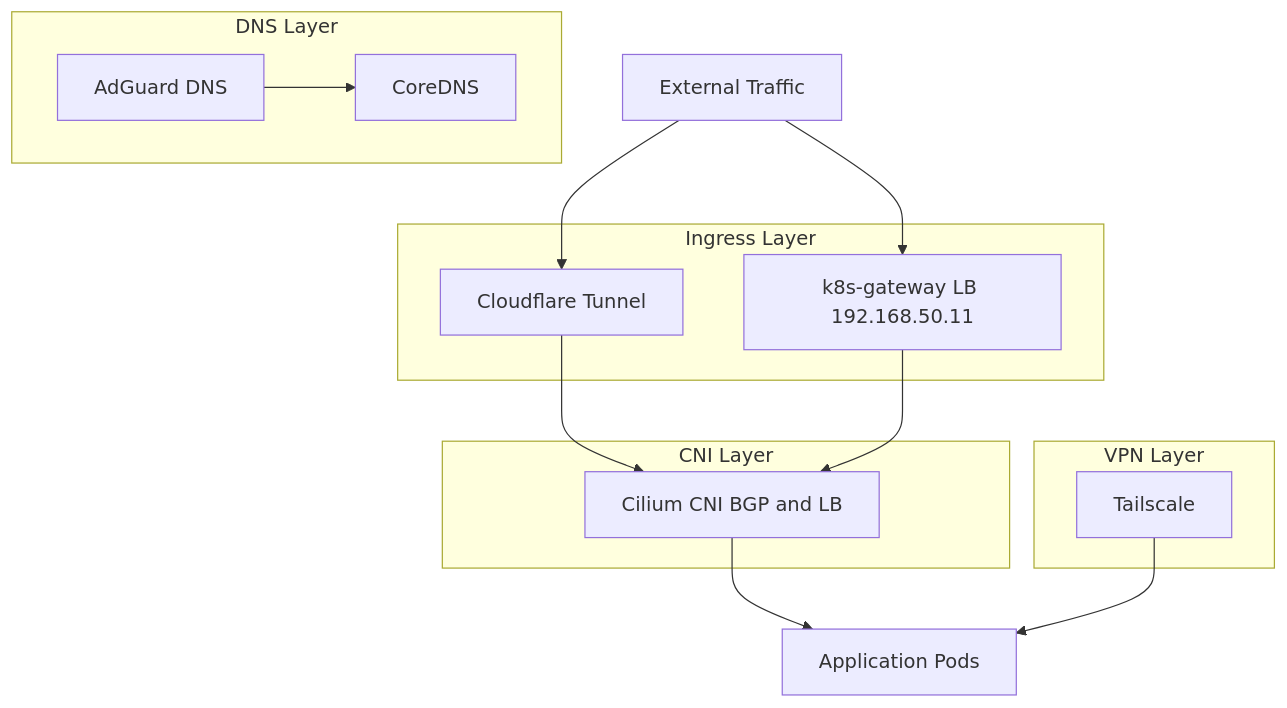
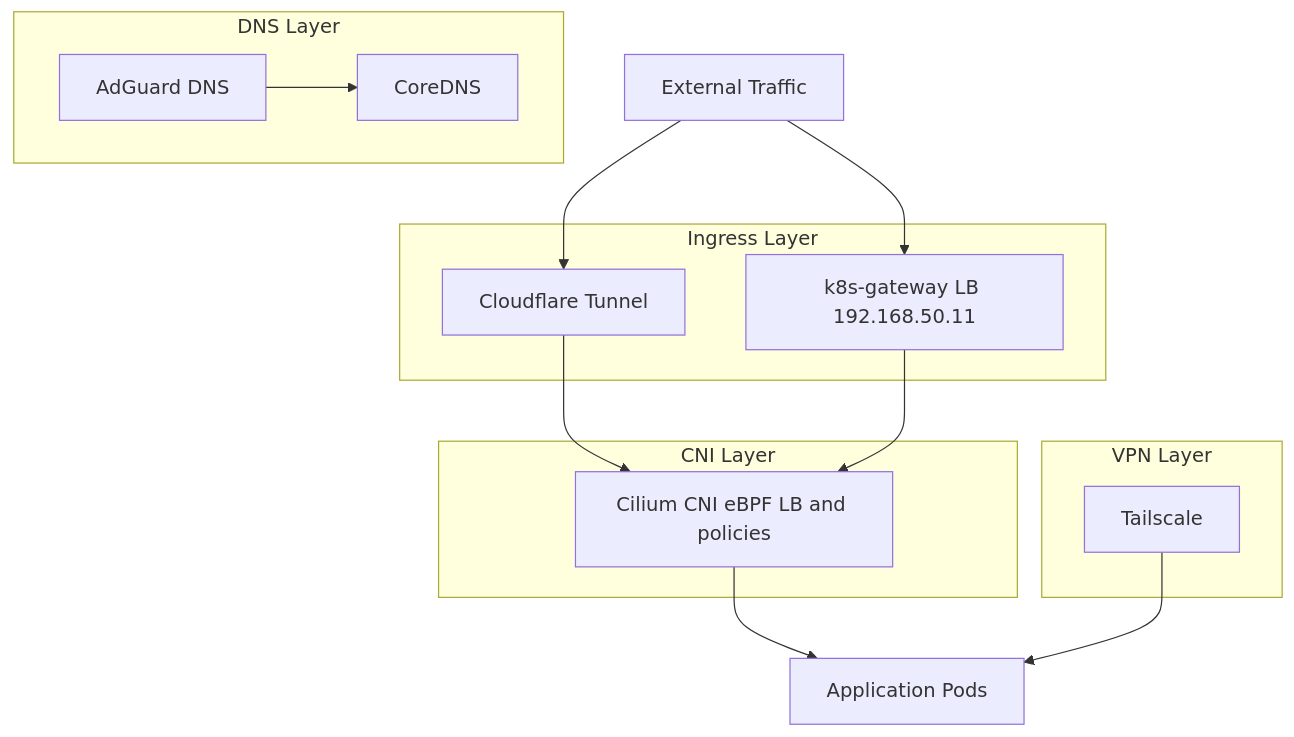
Before and after one commit to Tomyail/talos-cluster: the second of 9 diagrams in openwiki/architecture/overview.md, drawn with Mermaid. The commit also changed other lines of this file and 33 other files, not shown here.

````diff
--- a/openwiki/architecture/overview.md
+++ b/openwiki/architecture/overview.md
@@ -137,30 +139,30 @@
 ```mermaid
 flowchart TB
     External[External Traffic]
     
     subgraph Ingress["Ingress Layer"]
         CFTunnel[Cloudflare Tunnel]
         Gateway[k8s-gateway LB 192.168.50.11]
     end
     
     subgraph CNI["CNI Layer"]
-        CiliumNB[Cilium CNI BGP and LB]
+        CiliumNB[Cilium CNI eBPF LB and policies]
     end
     
     subgraph DNS["DNS Layer"]
         AdGuard[AdGuard DNS]
         CoreDNS[CoreDNS]
     end
     
     subgraph VPN["VPN Layer"]
         Tailscale[Tailscale]
     end
     
     External --> CFTunnel
     External --> Gateway
     CFTunnel --> CiliumNB
     Gateway --> CiliumNB
     CiliumNB --> Pods[Application Pods]
     AdGuard --> CoreDNS
     Tailscale --> Pods
 ```
````
